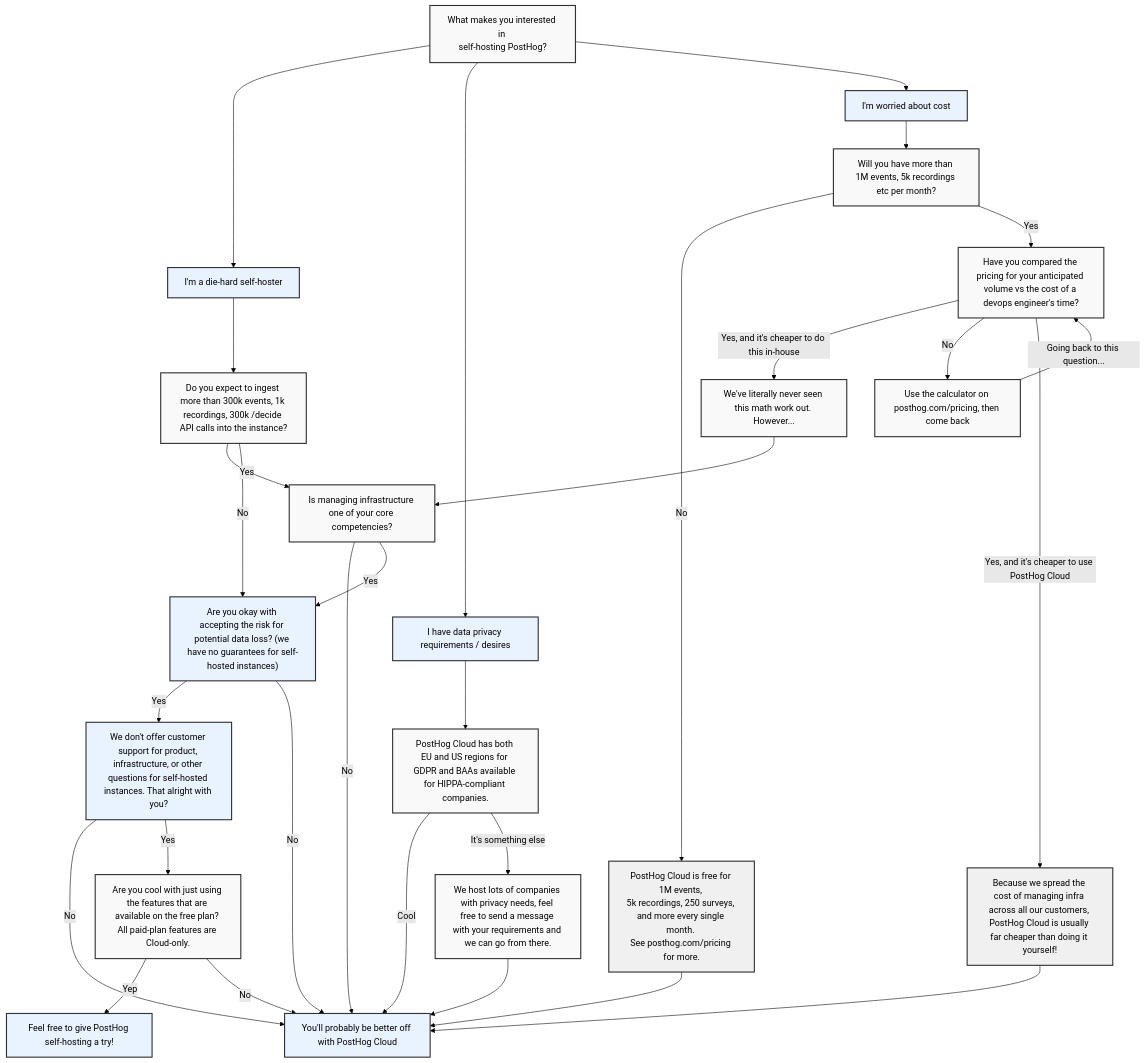
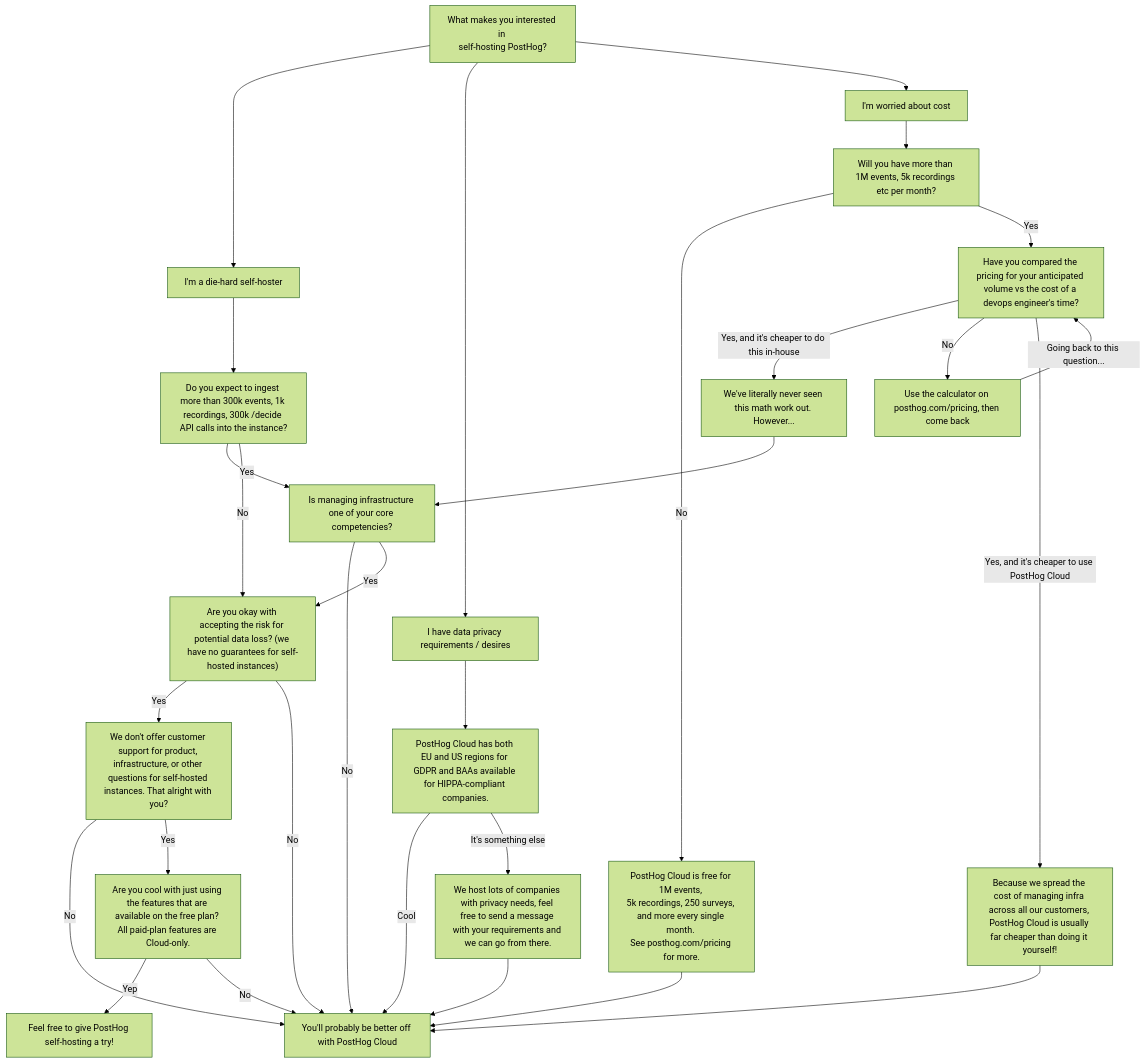
The diagram in contents/docs/self-host/index.mdx (PostHog/posthog.com), drawn with Mermaid (forest theme) before and after one commit. The commit also changed 2 other files, not shown here.

Commit message:
margin/colors

````diff
--- a/contents/docs/self-host/index.mdx
+++ b/contents/docs/self-host/index.mdx
@@ -21,39 +21,35 @@
 ```mermaid
 flowchart TD
     start["What makes you interested in <br/>self-hosting PostHog?"] --> diehard["I'm a die-hard self-hoster"] & privacy["I have data privacy requirements / desires"] & worried["I'm worried about cost"]
     diehard --> B["Do you expect to ingest more than 300k events, 1k recordings, 300k /decide API calls into the instance?"]
     worried --> events["Will you have more than 1M events, 5k recordings etc per month?"]
     events -- No --> cloud_free["`PostHog Cloud is free for 1M events, 
 5k recordings, 250 surveys, 
 and more every single month. 
 See posthog.com/pricing for more.`"]
     cloud_free --> better_cloud["You'll probably be better off with PostHog Cloud"]
     privacy --> gdpr["PostHog Cloud has both EU and US regions for GDPR and BAAs available for HIPPA-compliant companies."]
     gdpr -- Cool --> better_cloud
     B -- Yes --> infra["Is managing infrastructure one of your core competencies?"]
     B -- No --> risk["Are you okay with accepting the risk for potential data loss? (we have no guarantees for self-hosted instances)"]
     infra -- No --> better_cloud
     events -- Yes --> pricing["Have you compared the pricing for your anticipated volume vs the cost of a devops engineer's time?"]
     pricing -- "Yes, and it's cheaper to do this in-house" --> doubt["We've literally never seen this math work out. However..."]
     doubt --> infra
     gdpr -- It's something else --> other_privacy["We host lots of companies with privacy needs, feel free to send a message with your requirements and we can go from there."]
     other_privacy --> better_cloud
     pricing -- No --> calculator["Use the calculator on posthog.com/pricing, then come back"]
     calculator -- "Going back to this question..." --> pricing
     pricing -- "Yes, and it's cheaper to use PostHog Cloud" --> cloud_cheaper["Because we spread the cost of managing infra across all our customers, PostHog Cloud is usually far cheaper than doing it yourself!"]
     cloud_cheaper --> better_cloud
     infra -- Yes --> risk
     risk -- Yes --> support["We don't offer customer support for product, infrastructure, or other questions for self-hosted instances. That alright with you?"]
     support -- No --> better_cloud
     support -- Yes --> features["Are you cool with just using the features that are available on the free plan? All paid-plan features are Cloud-only."]
     features -- Yep --> try_it["Feel free to give PostHog self-hosting a try!"]
     features -- No --> better_cloud
     risk -- No --> better_cloud
 
-    classDef default fill:#f9f9f9,stroke:#333,stroke-width:2px
-    classDef decision fill:#e9f2ff,stroke:#333,stroke-width:2px
-    classDef endpoint fill:#f0f0f0,stroke:#333,stroke-width:2px
-
     class diehard,privacy,worried,better_cloud,risk,support,try_it decision
     class cloud_free,cloud_cheaper endpoint
 ```
````
